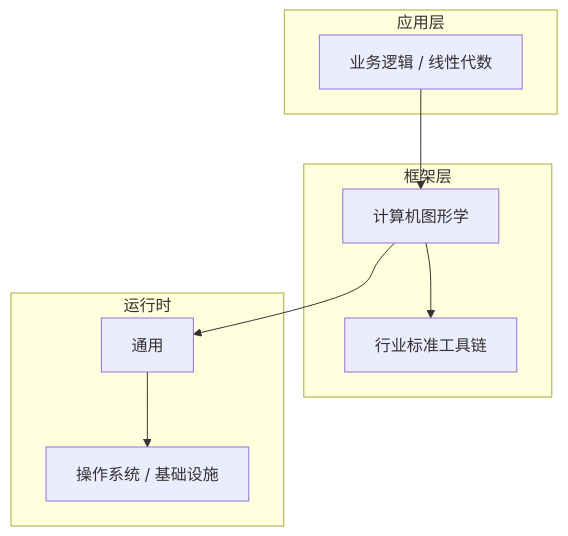
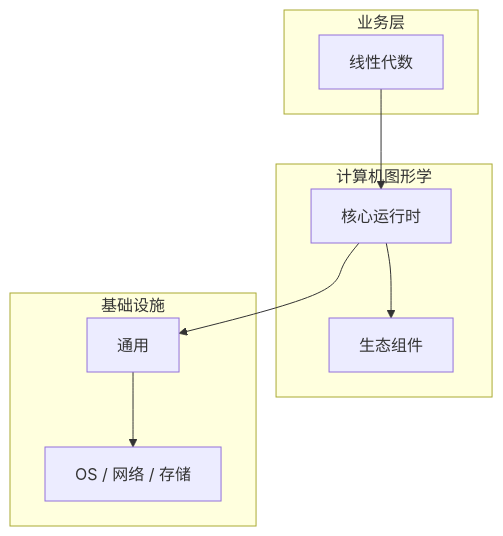
The diagram in articles/计算机图形学/chapters/006-线性代数核心概念与原理.md (yanggan2015/knowledge-json-v2), drawn with Mermaid before and after one commit. The commit also changed other lines of this file and 10127 other files, not shown here.

````diff
--- a/articles/计算机图形学/chapters/006-线性代数核心概念与原理.md
+++ b/articles/计算机图形学/chapters/006-线性代数核心概念与原理.md
@@ -45,18 +30,18 @@
 ```mermaid
 graph TB
-    subgraph 应用层
-        A[业务逻辑 / 线性代数]
+    subgraph 业务层
+        A[线性代数]
     end
-    subgraph 框架层
-        B[计算机图形学]
-        C[行业标准工具链]
+    subgraph 计算机图形学
+        B[核心运行时]
+        C[生态组件]
     end
-    subgraph 运行时
+    subgraph 基础设施
         D[通用]
-        E[操作系统 / 基础设施]
+        E[OS / 网络 / 存储]
     end
     A --> B
     B --> C
     B --> D
     D --> E
 ```
````
